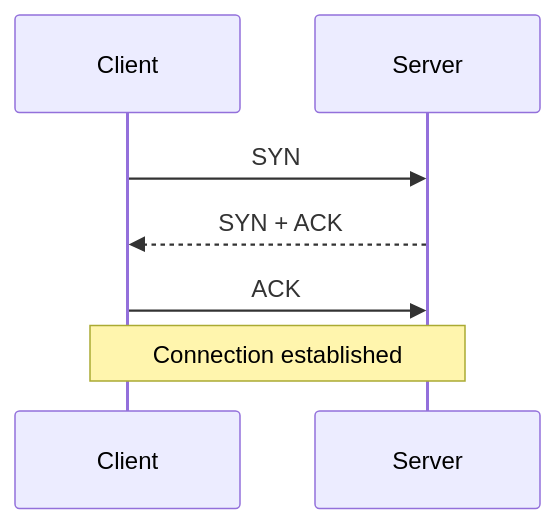
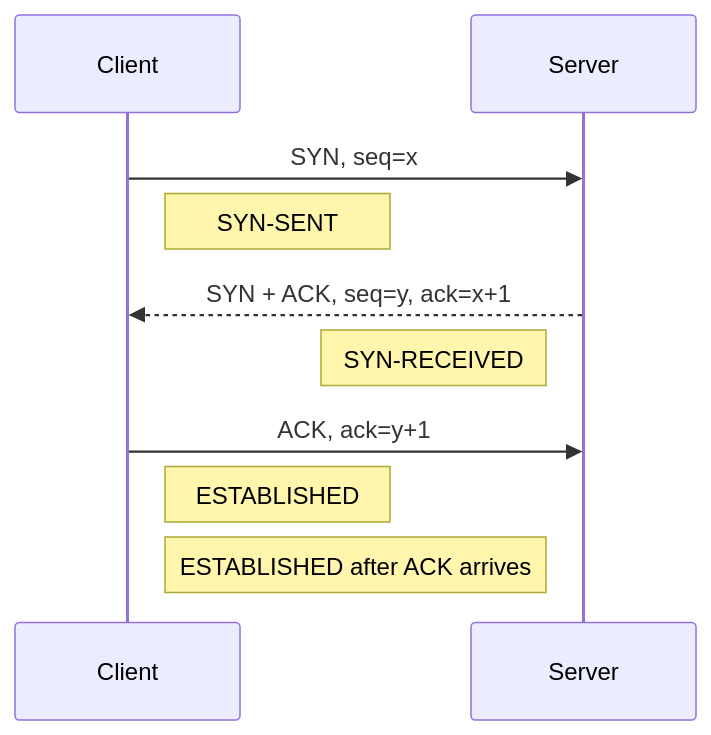
One commit to lu-xury/agent-backend-textbook changed the diagram in app/book/chapter03.md. Above: the diagram before and after it, drawn with Mermaid. The commit also changed other lines of this file and 17 other files, not shown here.

First line of the commit message:
审核全书概念、图表与伪代码

````diff
--- a/app/book/chapter03.md
+++ b/app/book/chapter03.md
@@ -59,9 +59,12 @@
 ```mermaid
 sequenceDiagram
   participant C as Client
   participant S as Server
-  C->>S: SYN
-  S-->>C: SYN + ACK
-  C->>S: ACK
-  Note over C,S: Connection established
+  C->>S: SYN, seq=x
+  Note right of C: SYN-SENT
+  S-->>C: SYN + ACK, seq=y, ack=x+1
+  Note left of S: SYN-RECEIVED
+  C->>S: ACK, ack=y+1
+  Note right of C: ESTABLISHED
+  Note left of S: ESTABLISHED after ACK arrives
 ```
````
